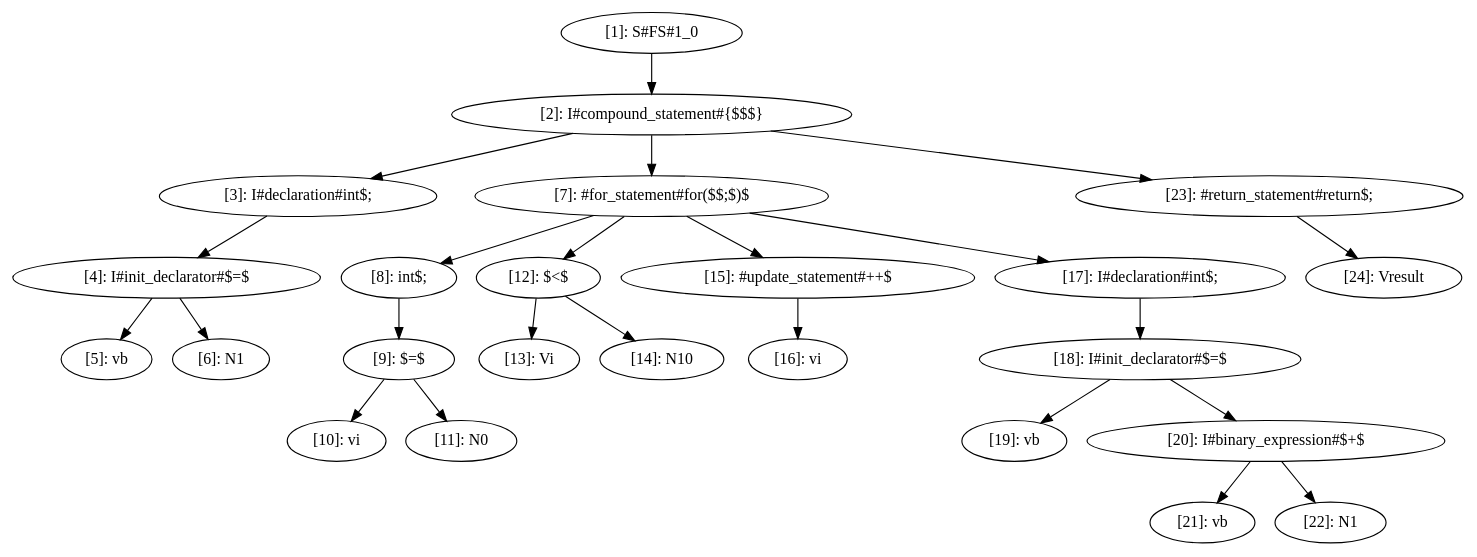
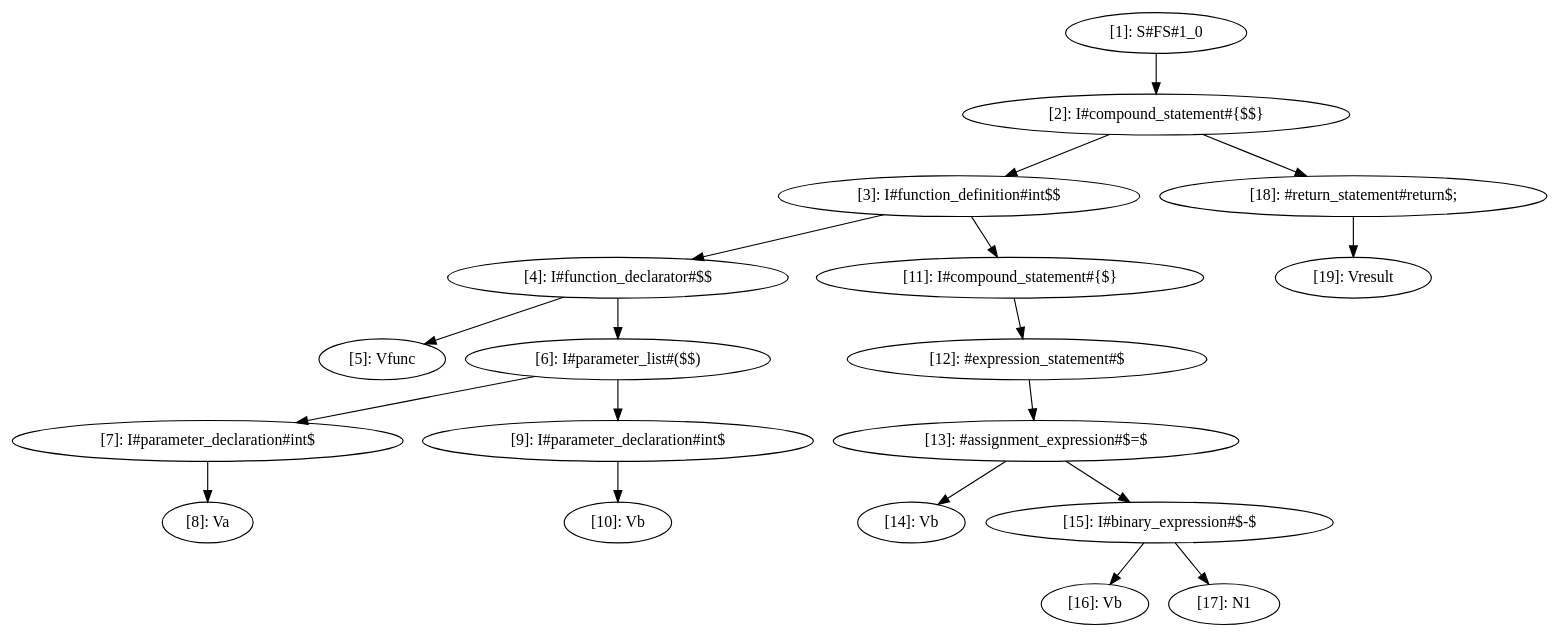
The diagram in cass.dot (deryaerman/DIA-System-DS-Plagiarism-Checker-GIT), drawn with Graphviz before and after one commit. The commit also changed 26 other files, not shown here.

```diff
--- a/cass.dot
+++ b/cass.dot
@@ -1,50 +1,40 @@
 digraph CASS {
   node [shape=ellipse];
   n1 [label="[1]: S#FS#1_0"];
-  n2 [label="[2]: I#compound_statement#{$$$}"];
-  n3 [label="[3]: I#declaration#int$;"];
-  n4 [label="[4]: I#init_declarator#$=$"];
-  n5 [label="[5]: vb"];
-  n6 [label="[6]: N1"];
-  n7 [label="[7]: #for_statement#for($$;$)$"];
-  n8 [label="[8]: int$;"];
-  n9 [label="[9]: $=$"];
-  n10 [label="[10]: vi"];
-  n11 [label="[11]: N0"];
-  n12 [label="[12]: $<$"];
-  n13 [label="[13]: Vi"];
-  n14 [label="[14]: N10"];
-  n15 [label="[15]: #update_statement#++$"];
-  n16 [label="[16]: vi"];
-  n17 [label="[17]: I#declaration#int$;"];
-  n18 [label="[18]: I#init_declarator#$=$"];
-  n19 [label="[19]: vb"];
-  n20 [label="[20]: I#binary_expression#$+$"];
-  n21 [label="[21]: vb"];
-  n22 [label="[22]: N1"];
-  n23 [label="[23]: #return_statement#return$;"];
-  n24 [label="[24]: Vresult"];
+  n2 [label="[2]: I#compound_statement#{$$}"];
+  n3 [label="[3]: I#function_definition#int$$"];
+  n4 [label="[4]: I#function_declarator#$$"];
+  n5 [label="[5]: Vfunc"];
+  n6 [label="[6]: I#parameter_list#($$)"];
+  n7 [label="[7]: I#parameter_declaration#int$"];
+  n8 [label="[8]: Va"];
+  n9 [label="[9]: I#parameter_declaration#int$"];
+  n10 [label="[10]: Vb"];
+  n11 [label="[11]: I#compound_statement#{$}"];
+  n12 [label="[12]: #expression_statement#$"];
+  n13 [label="[13]: #assignment_expression#$=$"];
+  n14 [label="[14]: Vb"];
+  n15 [label="[15]: I#binary_expression#$-$"];
+  n16 [label="[16]: Vb"];
+  n17 [label="[17]: N1"];
+  n18 [label="[18]: #return_statement#return$;"];
+  n19 [label="[19]: Vresult"];
   n1 -> n2;
   n2 -> n3;
   n3 -> n4;
   n4 -> n5;
   n4 -> n6;
-  n2 -> n7;
+  n6 -> n7;
   n7 -> n8;
-  n8 -> n9;
+  n6 -> n9;
   n9 -> n10;
-  n9 -> n11;
-  n7 -> n12;
+  n3 -> n11;
+  n11 -> n12;
   n12 -> n13;
-  n12 -> n14;
-  n7 -> n15;
+  n13 -> n14;
+  n13 -> n15;
   n15 -> n16;
-  n7 -> n17;
-  n17 -> n18;
+  n15 -> n17;
+  n2 -> n18;
   n18 -> n19;
-  n18 -> n20;
-  n20 -> n21;
-  n20 -> n22;
-  n2 -> n23;
-  n23 -> n24;
 }
```
